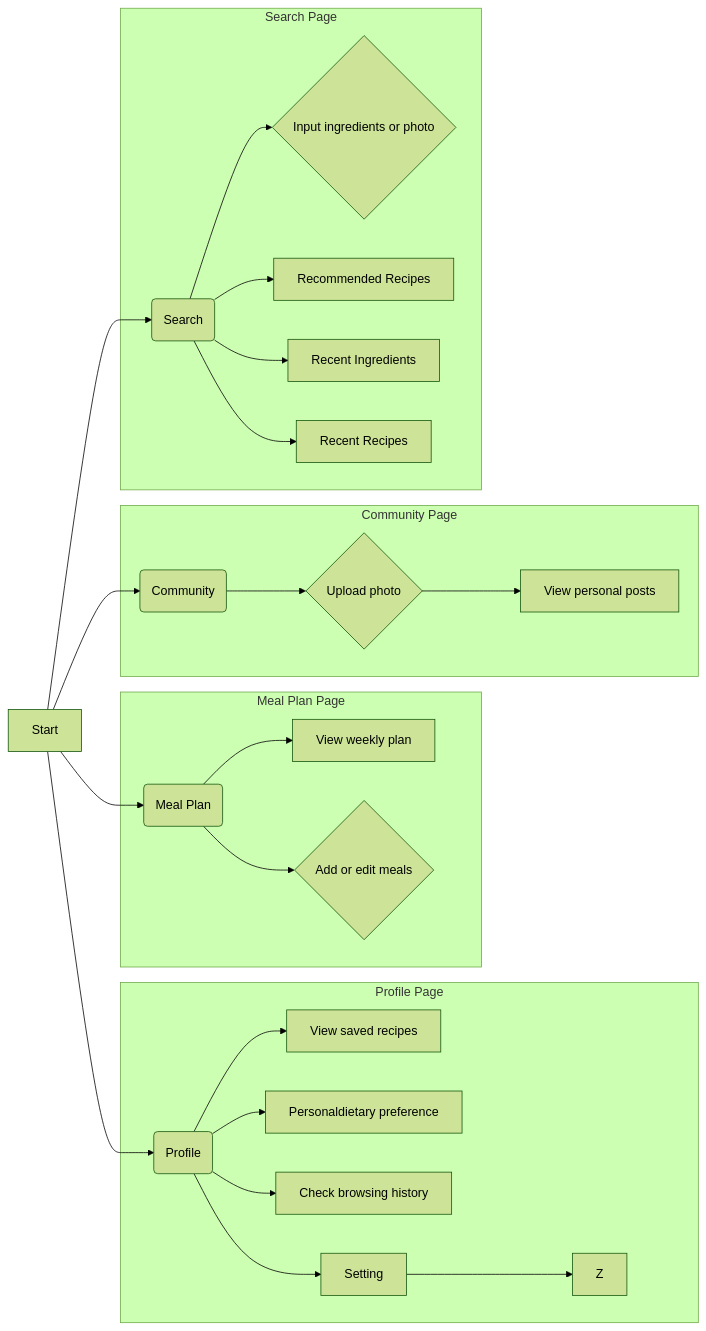
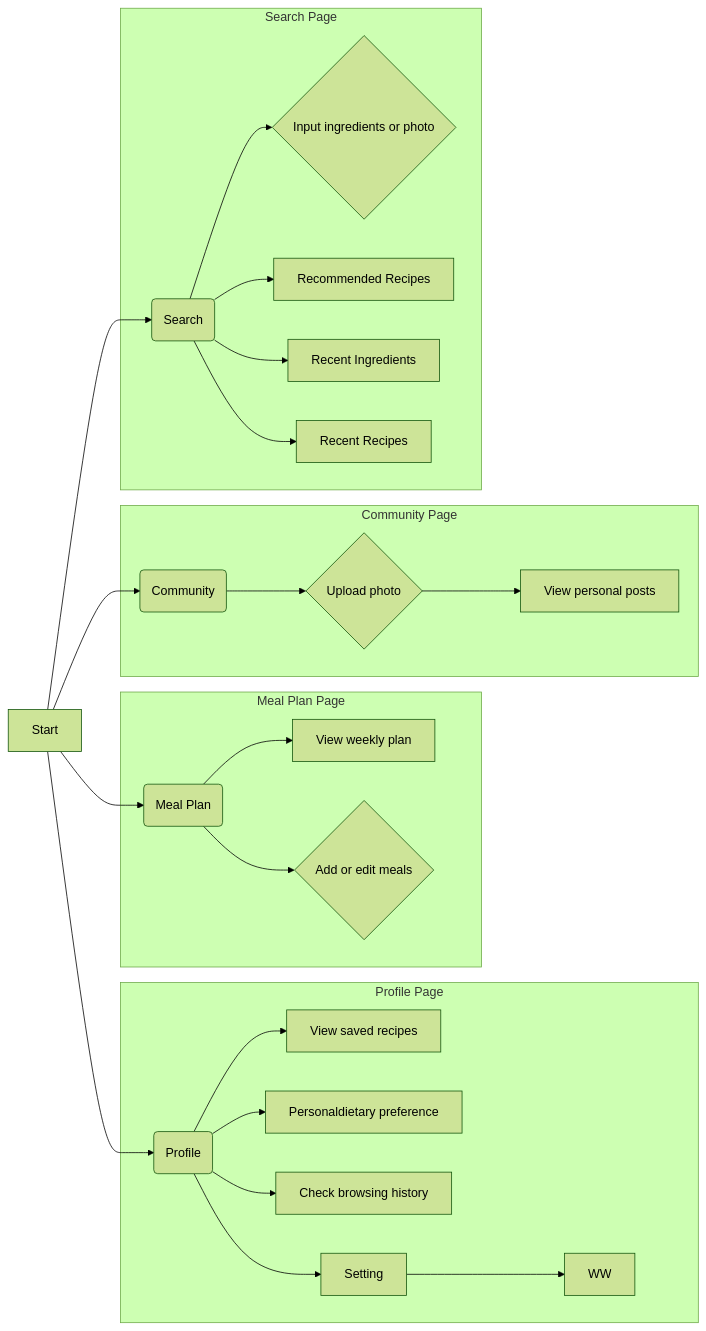
Before and after one commit to seven8301/iodraw-files: the diagram in all/未命名-2.md, drawn with Mermaid (forest theme).

Commit message:
2025-04-09 19:27:59 update

````diff
--- a/all/未命名-2.md
+++ b/all/未命名-2.md
@@ -1,32 +1,32 @@
 ```mermaid
 graph LR
     A[Start] --> B(Search);
     A --> C(Community);
     A --> D(Meal Plan);
     A --> E(Profile);
 
     
     subgraph "Profile Page"
         E --> L[View saved recipes];
         E --> Q[Personaldietary preference];
         E --> M[Check browsing history];
         E --> P[Setting];
-        P --> Z
+        P --> Z[WW];
 
         
     end
       subgraph "Meal Plan Page"
         D --> J[View weekly plan];
         D --> K{Add or edit meals};
     end
      subgraph "Community Page"
         C --> H{Upload photo};
         H --> I[View personal posts];
     end
     subgraph "Search Page"
         B --> F{Input ingredients or photo};
         B --> G[Recommended Recipes];
         B --> N[Recent Ingredients];
         B --> O[Recent Recipes];
     end
 ```
````
